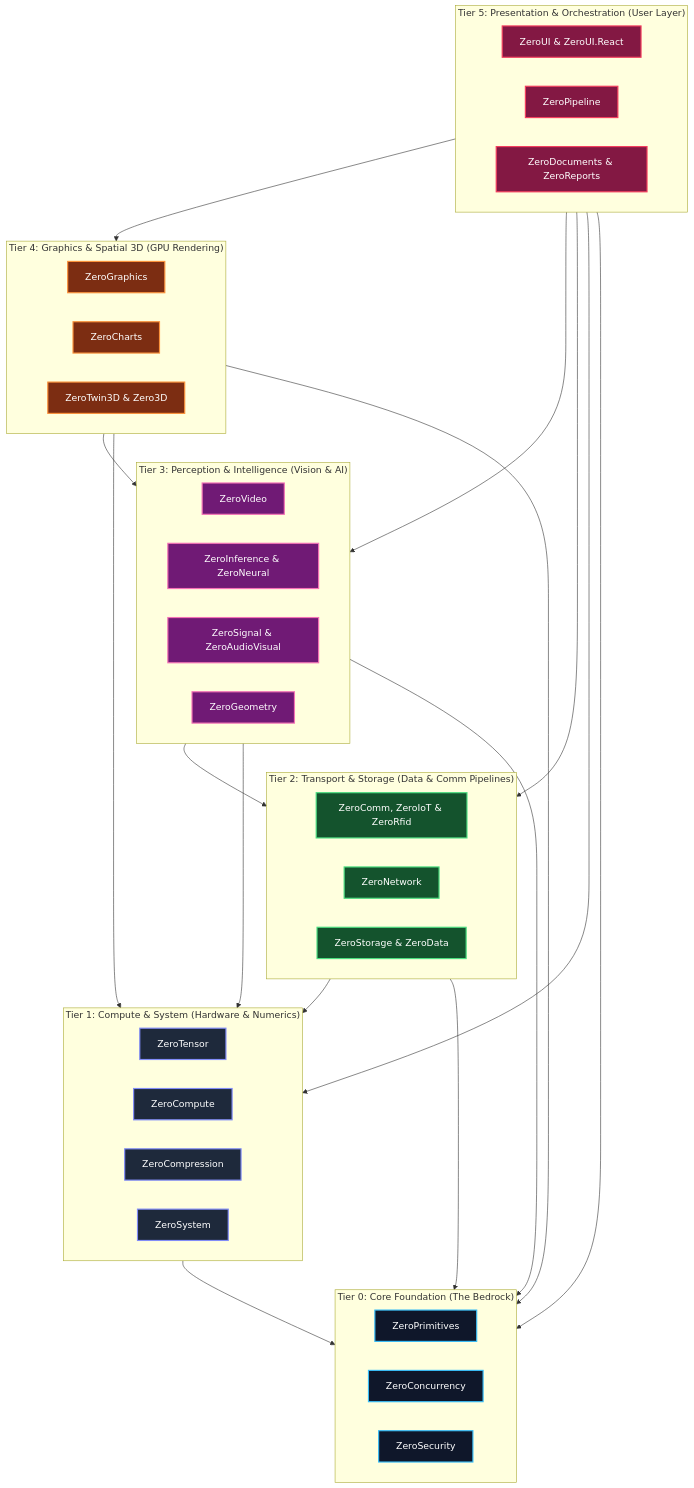
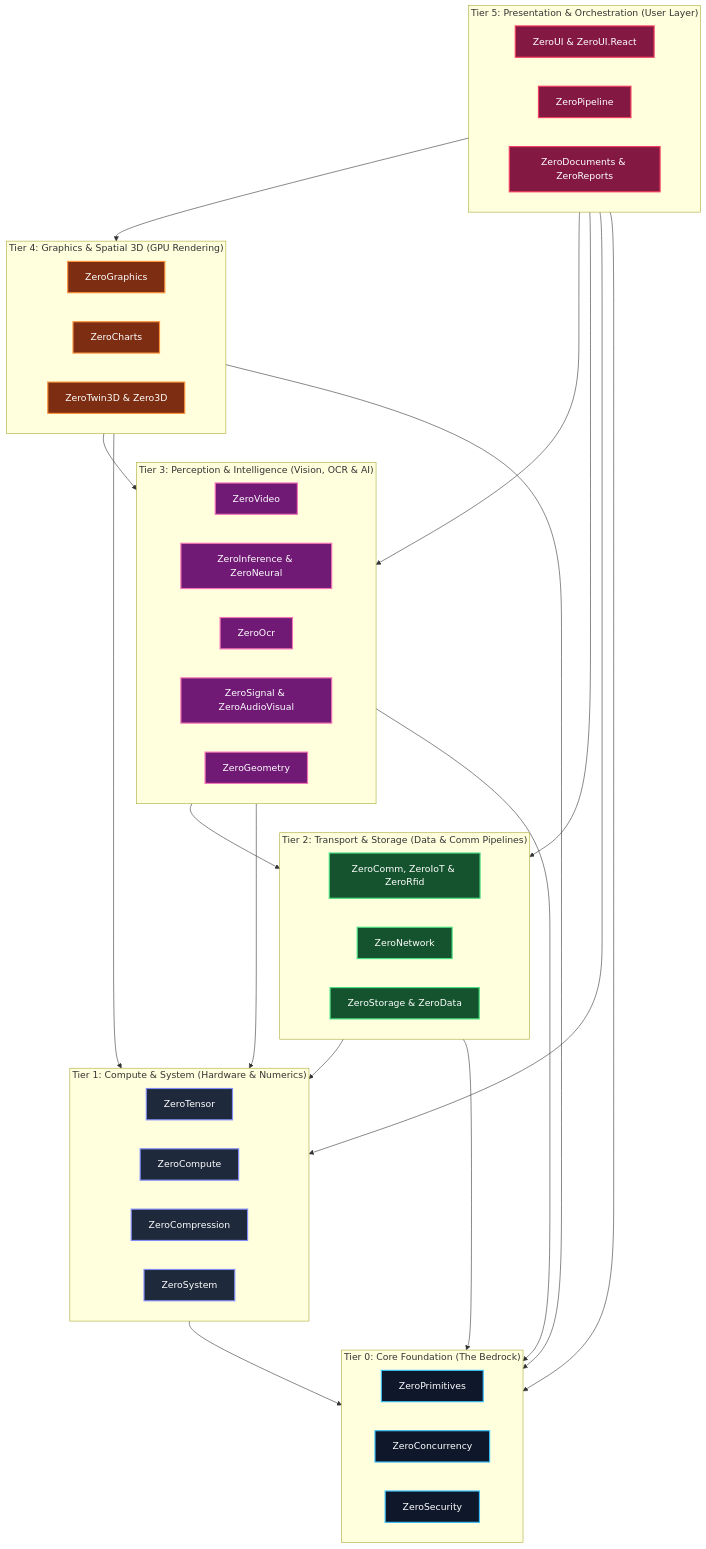
Before and after one commit to kzxl/ZeroPlatform: the diagram in README.md, drawn with Mermaid. The commit also changed other lines of this file and 3 other files, not shown here.

Commit message:
docs: register ZeroOcr in Tier 3 and update ZeroPipeline v1.4.0 in platform documentation

````diff
--- a/README.md
+++ b/README.md
@@ -19,53 +19,54 @@
 ```mermaid
 graph TD
     classDef l0 fill:#0f172a,stroke:#38bdf8,stroke-width:2px,color:#fff;
     classDef l1 fill:#1e293b,stroke:#818cf8,stroke-width:2px,color:#fff;
     classDef l2 fill:#14532d,stroke:#4ade80,stroke-width:2px,color:#fff;
     classDef l3 fill:#701a75,stroke:#f472b6,stroke-width:2px,color:#fff;
     classDef l4 fill:#7c2d12,stroke:#fb923c,stroke-width:2px,color:#fff;
     classDef l5 fill:#831843,stroke:#f43f5e,stroke-width:2px,color:#fff;
 
     subgraph L5 ["Tier 5: Presentation & Orchestration (User Layer)"]
         UI["ZeroUI & ZeroUI.React"]:::l5
         Pipe["ZeroPipeline"]:::l5
         Docs["ZeroDocuments & ZeroReports"]:::l5
     end
 
     subgraph L4 ["Tier 4: Graphics & Spatial 3D (GPU Rendering)"]
         Gfx["ZeroGraphics"]:::l4
         Charts["ZeroCharts"]:::l4
         Twin["ZeroTwin3D & Zero3D"]:::l4
     end
 
-    subgraph L3 ["Tier 3: Perception & Intelligence (Vision & AI)"]
+    subgraph L3 ["Tier 3: Perception & Intelligence (Vision, OCR & AI)"]
         Video["ZeroVideo"]:::l3
         Infer["ZeroInference & ZeroNeural"]:::l3
+        Ocr["ZeroOcr"]:::l3
         Sig["ZeroSignal & ZeroAudioVisual"]:::l3
         Geom["ZeroGeometry"]:::l3
     end
 
     subgraph L2 ["Tier 2: Transport & Storage (Data & Comm Pipelines)"]
         Comm["ZeroComm, ZeroIoT & ZeroRfid"]:::l2
         Net["ZeroNetwork"]:::l2
         Store["ZeroStorage & ZeroData"]:::l2
     end
 
     subgraph L1 ["Tier 1: Compute & System (Hardware & Numerics)"]
         Tensor["ZeroTensor"]:::l1
         Comp["ZeroCompute"]:::l1
         Compres["ZeroCompression"]:::l1
         Sys["ZeroSystem"]:::l1
     end
 
     subgraph L0 ["Tier 0: Core Foundation (The Bedrock)"]
         Prim["ZeroPrimitives"]:::l0
         Conc["ZeroConcurrency"]:::l0
         Sec["ZeroSecurity"]:::l0
     end
 
     L5 --> L4 & L3 & L2 & L1 & L0
     L4 --> L3 & L1 & L0
     L3 --> L2 & L1 & L0
     L2 --> L1 & L0
     L1 --> L0
 ```
````
